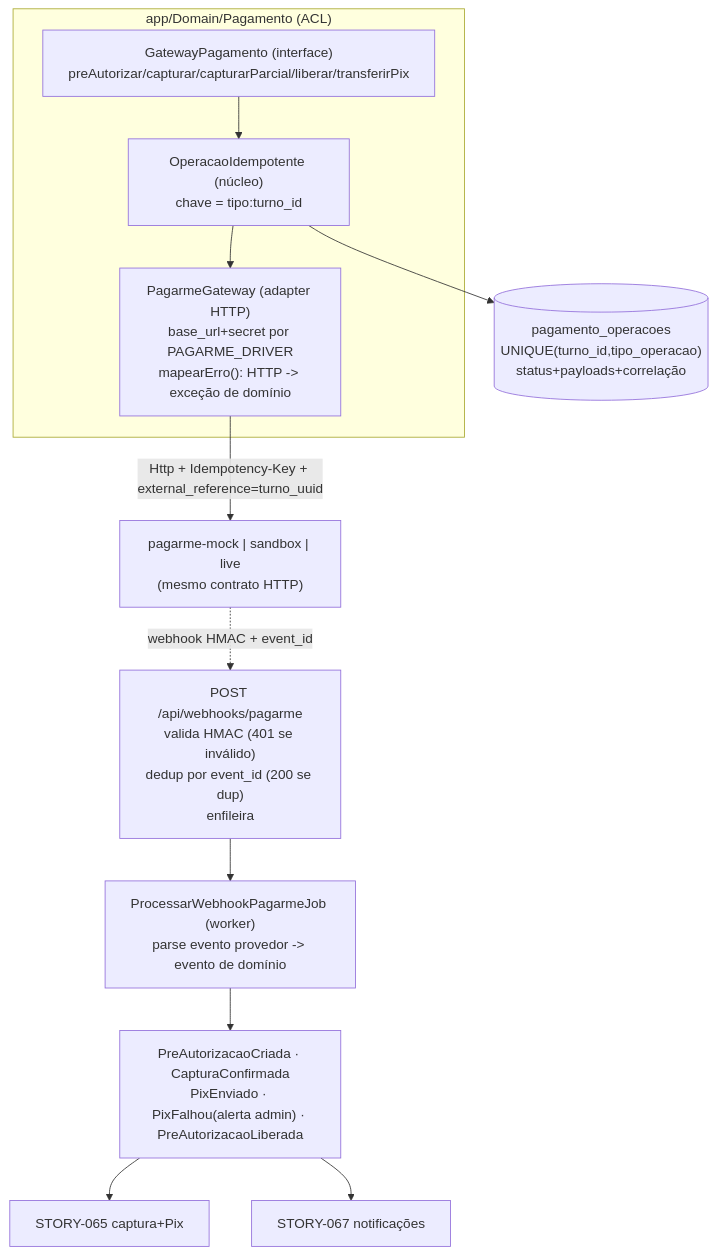
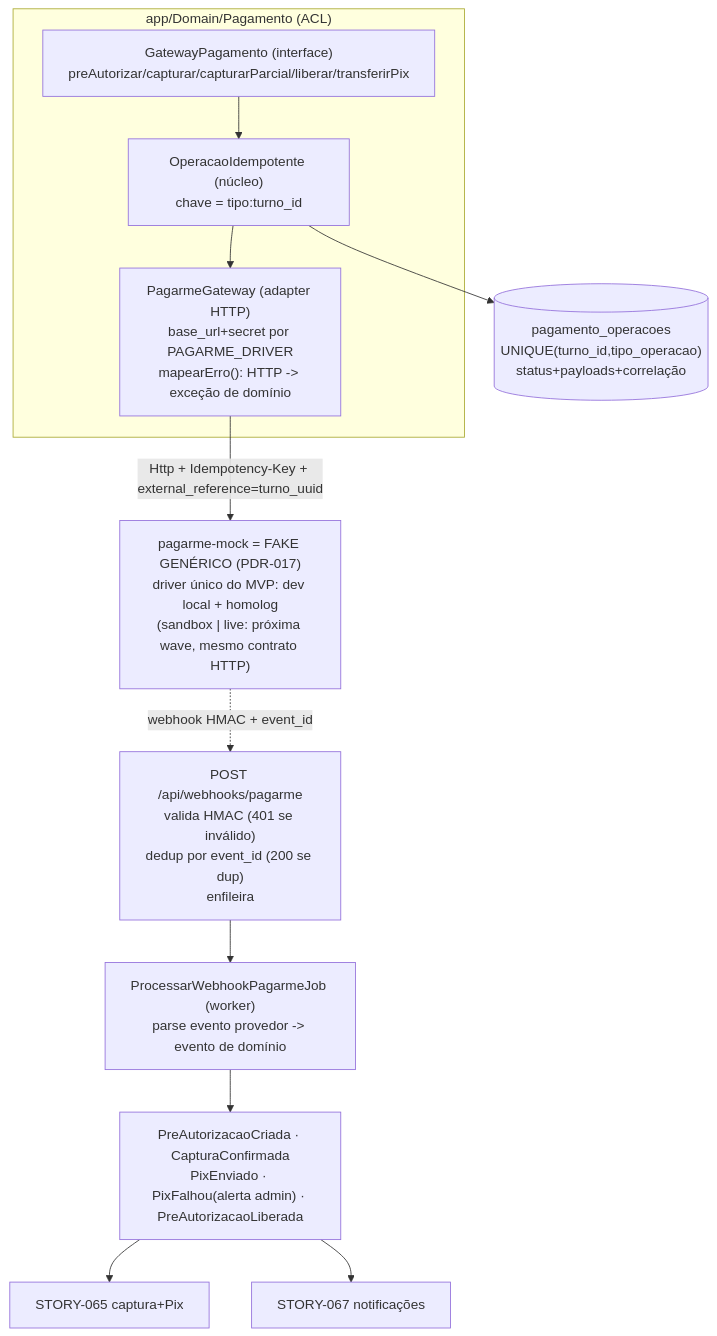
The diagram in docs/project-state/decisions/adr/ADR-016-acl-pagarme-sandbox-idempotencia-webhook.md (alcatechgroup/mvpturni-mvp), drawn with Mermaid before and after one commit. The commit also changed other lines of this file and 2 other files, not shown here.

First line of the commit message:
docs(arquiteto): revisa ADR-016 pós-PDR-017 — ACL de pagamento + fake genérico

````diff
--- a/docs/project-state/decisions/adr/ADR-016-acl-pagarme-sandbox-idempotencia-webhook.md
+++ b/docs/project-state/decisions/adr/ADR-016-acl-pagarme-sandbox-idempotencia-webhook.md
@@ -160,18 +174,18 @@
 ```mermaid
 flowchart TB
   subgraph dom["app/Domain/Pagamento (ACL)"]
     GP["GatewayPagamento (interface)\npreAutorizar/capturar/capturarParcial/liberar/transferirPix"]
     OI["OperacaoIdempotente (núcleo)\nchave = tipo:turno_id"]
     ADP["PagarmeGateway (adapter HTTP)\nbase_url+secret por PAGARME_DRIVER\nmapearErro(): HTTP -> exceção de domínio"]
     GP --> OI --> ADP
   end
   PO[("pagamento_operacoes\nUNIQUE(turno_id,tipo_operacao)\nstatus+payloads+correlação")]
   OI --> PO
-  PG["pagarme-mock | sandbox | live\n(mesmo contrato HTTP)"]
+  PG["pagarme-mock = FAKE GENÉRICO (PDR-017)\ndriver único do MVP: dev local + homolog\n(sandbox | live: próxima wave, mesmo contrato HTTP)"]
   ADP -->|Http + Idempotency-Key + external_reference=turno_uuid| PG
   PG -.->|webhook HMAC + event_id| WH["POST /api/webhooks/pagarme\nvalida HMAC (401 se inválido)\ndedup por event_id (200 se dup)\nenfileira"]
   WH --> JOB["ProcessarWebhookPagarmeJob (worker)\nparse evento provedor -> evento de domínio"]
   JOB --> EV["PreAutorizacaoCriada · CapturaConfirmada\nPixEnviado · PixFalhou(alerta admin) · PreAutorizacaoLiberada"]
   EV --> S065["STORY-065 captura+Pix"]
   EV --> S067["STORY-067 notificações"]
 ```
````
